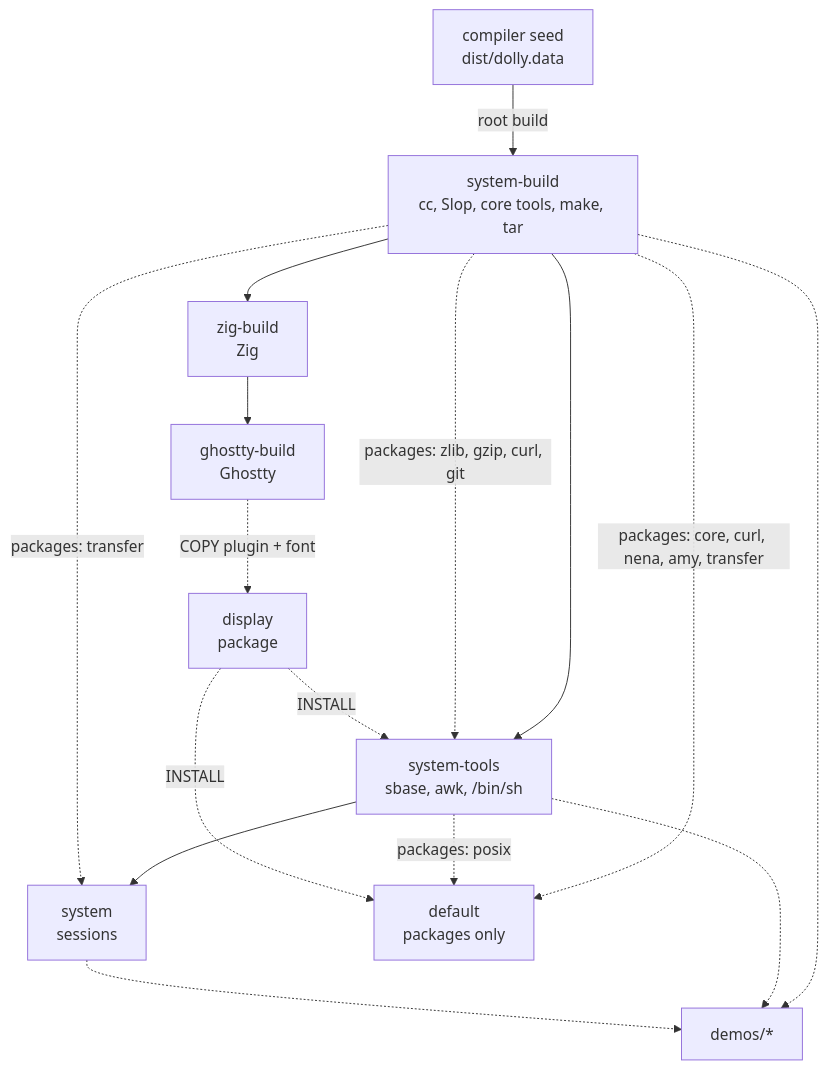
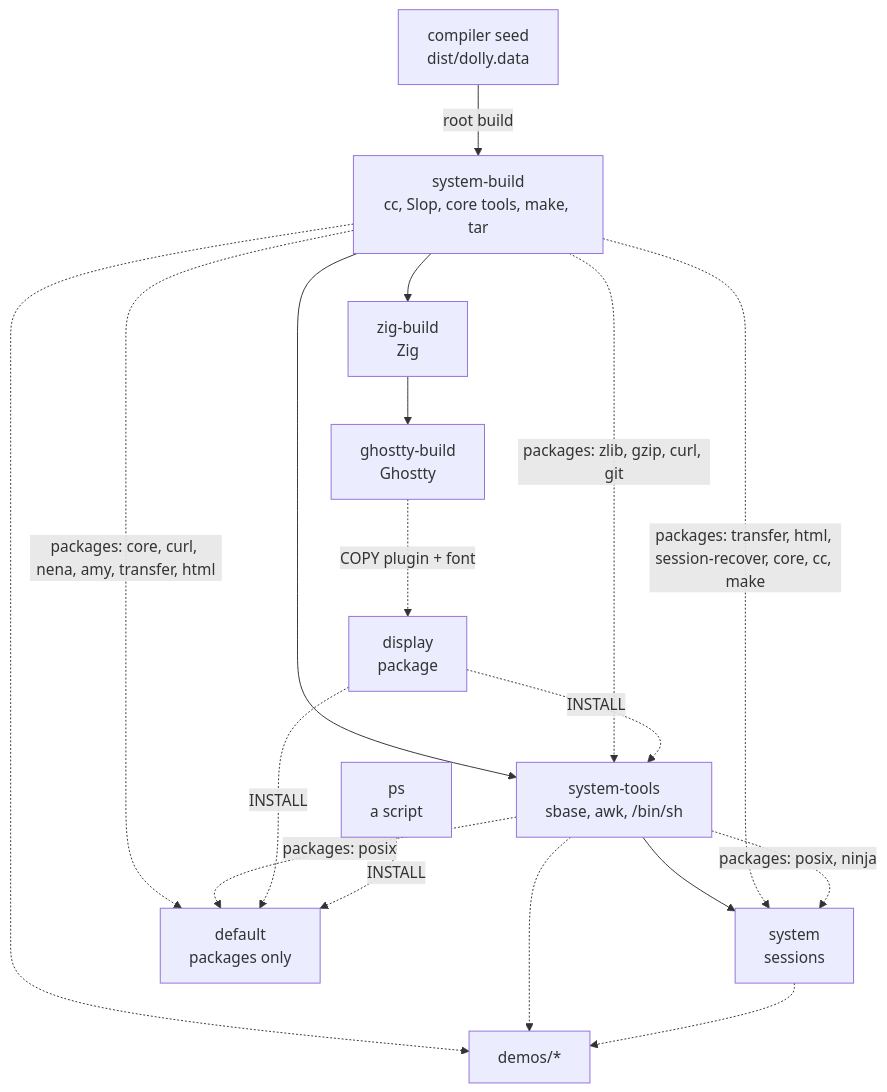
Before and after one commit to daugasauron/dolly: the third of 3 diagrams in docs/architecture.md, drawn with Mermaid. The commit also changed other lines of this file and 21 other files, not shown here.

First line of the commit message:
Docs: what the core audit found contradicting the code, fixed; amy's message about an unpublished pin

````diff
--- a/docs/architecture.md
+++ b/docs/architecture.md
@@ -108,19 +108,21 @@
 ```mermaid
 flowchart TD
   seed["compiler seed<br/>dist/dolly.data"] -- "root build" --> sb["system-build<br/>cc, Slop, core tools, make, tar"]
   sb --> zb["zig-build<br/>Zig"]
   zb --> gb["ghostty-build<br/>Ghostty"]
   gb -. "COPY plugin + font" .-> disp["display<br/>package"]
   sb --> st["system-tools<br/>sbase, awk, /bin/sh"]
   sb -. "packages: zlib, gzip, curl, git" .-> st
   disp -. "INSTALL" .-> st
   st --> sys["system<br/>sessions"]
-  sb -. "packages: transfer" .-> sys
-  sb -. "packages: core, curl, nena, amy, transfer" .-> def["default<br/>packages only"]
+  sb -. "packages: transfer, html, session-recover, core, cc, make" .-> sys
+  st -. "packages: posix, ninja" .-> sys
+  sb -. "packages: core, curl, nena, amy, transfer, html" .-> def["default<br/>packages only"]
   st -. "packages: posix" .-> def
   disp -. "INSTALL" .-> def
+  ps["ps<br/>a script"] -. "INSTALL" .-> def
   demos["demos/*"]
   sb -.-> demos
   st -.-> demos
   sys -.-> demos
 ```
````
